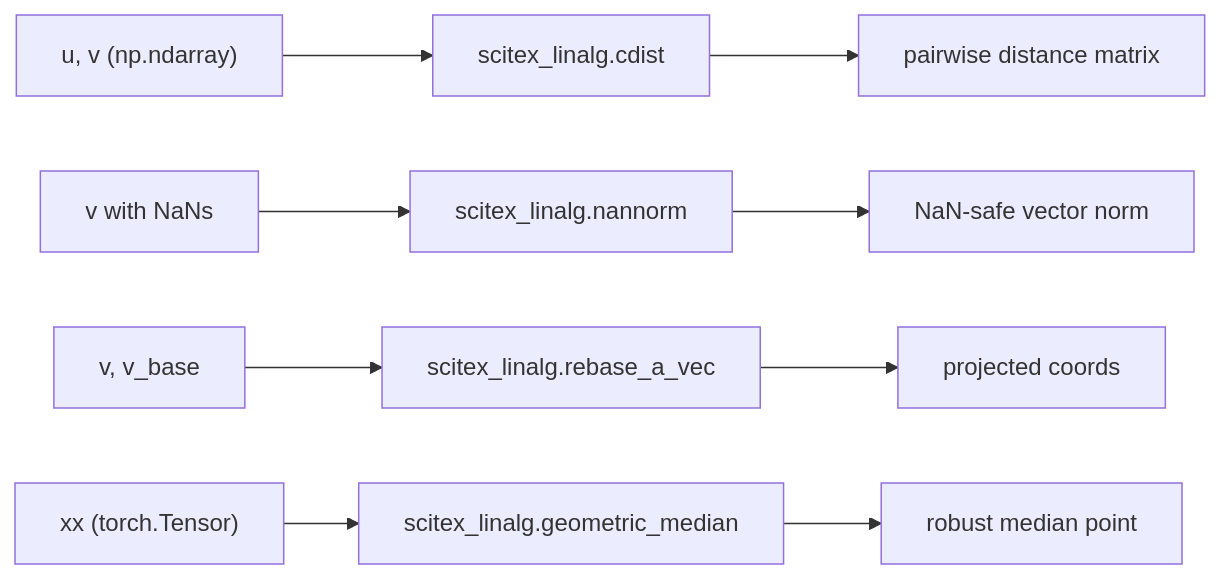
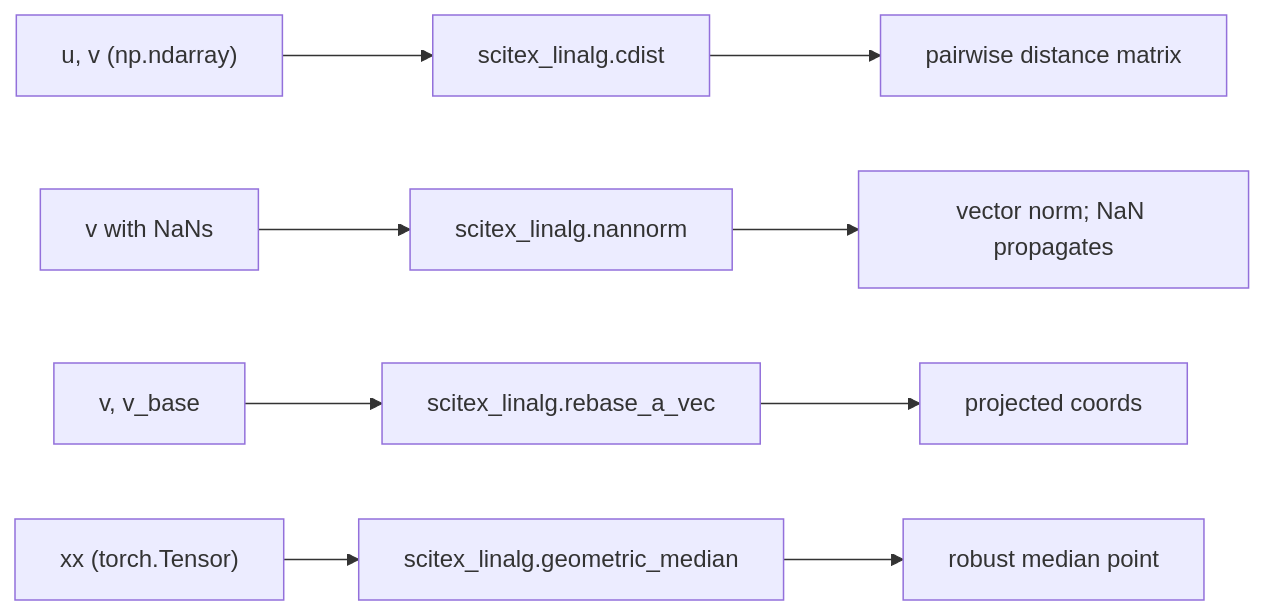
Before and after one commit to scitex-ai/scitex-linalg: the first of 2 diagrams in README.md, drawn with Mermaid. The commit also changed other lines of this file and 3 other files, not shown here.

````diff
--- a/README.md
+++ b/README.md
@@ -42,11 +42,11 @@
 ```mermaid
 flowchart LR
     A["u, v (np.ndarray)"] --> B["scitex_linalg.cdist"]
     B --> C["pairwise distance matrix"]
     A2["v with NaNs"] --> D["scitex_linalg.nannorm"]
-    D --> E["NaN-safe vector norm"]
+    D --> E["vector norm; NaN propagates"]
     A3["v, v_base"] --> F["scitex_linalg.rebase_a_vec"]
     F --> G["projected coords"]
     A4["xx (torch.Tensor)"] --> H["scitex_linalg.geometric_median"]
     H --> I["robust median point"]
 ```
````
